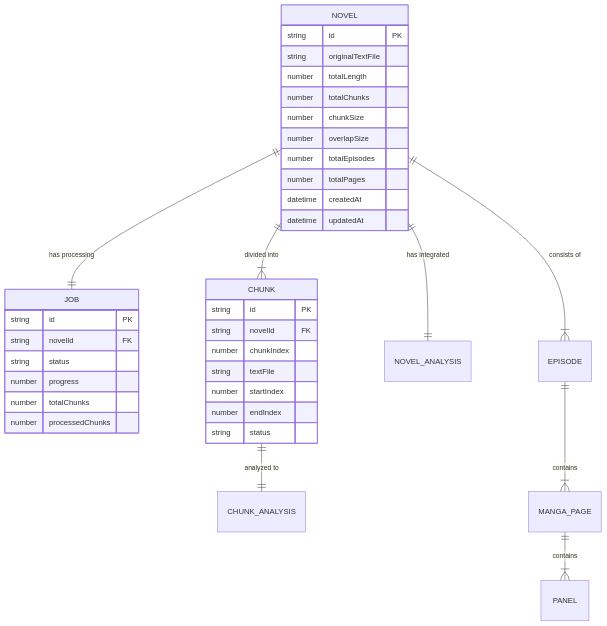
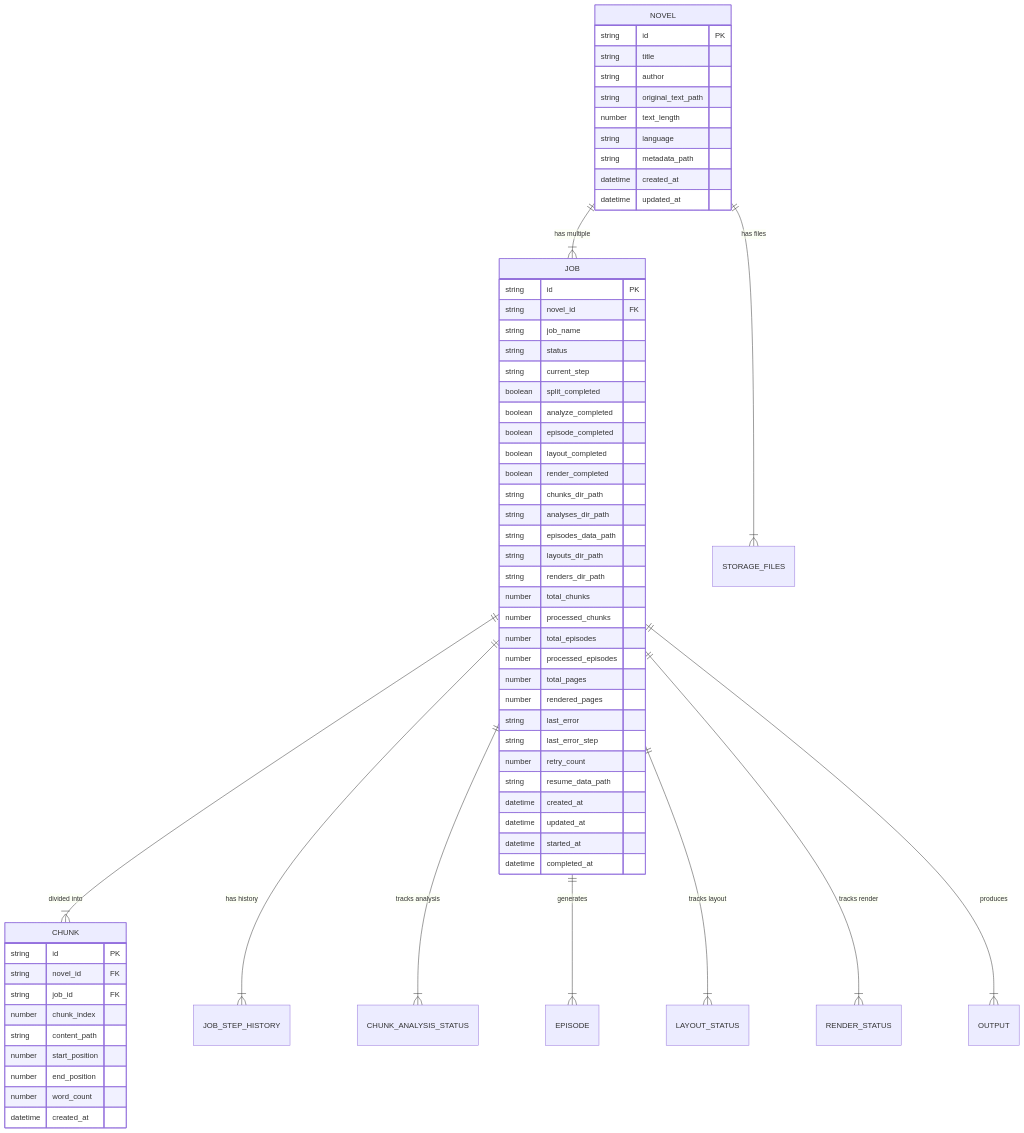
One commit to matsuvr/novel2manga-ts changed the fourth of 6 diagrams in .kiro/specs/novel-to-manga-converter/design.md. Above: the diagram before and after it, drawn with Mermaid. The commit also changed other lines of this file and 71 other files, not shown here.

First line of the commit message:
feat: Implement database service for job and chunk management

````diff
--- a/.kiro/specs/novel-to-manga-converter/design.md
+++ b/.kiro/specs/novel-to-manga-converter/design.md
@@ -236,42 +282,68 @@
 ```mermaid
 erDiagram
-    NOVEL ||--|| JOB : "has processing"
-    NOVEL ||--|{ CHUNK : "divided into"
-    CHUNK ||--|| CHUNK_ANALYSIS : "analyzed to"
-    NOVEL ||--|| NOVEL_ANALYSIS : "has integrated"
-    NOVEL ||--|{ EPISODE : "consists of"
-    EPISODE ||--|{ MANGA_PAGE : "contains"
-    MANGA_PAGE ||--|{ PANEL : "contains"
+    NOVEL ||--|{ JOB : "has multiple"
+    JOB ||--|{ CHUNK : "divided into"
+    JOB ||--|{ JOB_STEP_HISTORY : "has history"
+    JOB ||--|{ CHUNK_ANALYSIS_STATUS : "tracks analysis"
+    JOB ||--|{ EPISODE : "generates"
+    JOB ||--|{ LAYOUT_STATUS : "tracks layout"
+    JOB ||--|{ RENDER_STATUS : "tracks render"
+    JOB ||--|{ OUTPUT : "produces"
+    NOVEL ||--|{ STORAGE_FILES : "has files"
     
     NOVEL {
         string id PK
-        string originalTextFile
-        number totalLength
-        number totalChunks
-        number chunkSize
-        number overlapSize
-        number totalEpisodes
-        number totalPages
-        datetime createdAt
-        datetime updatedAt
+        string title
+        string author
+        string original_text_path
+        number text_length
+        string language
+        string metadata_path
+        datetime created_at
+        datetime updated_at
     }
     
     JOB {
         string id PK
-        string novelId FK
+        string novel_id FK
+        string job_name
         string status
-        number progress
-        number totalChunks
-        number processedChunks
+        string current_step
+        boolean split_completed
+        boolean analyze_completed
+        boolean episode_completed
+        boolean layout_completed
+        boolean render_completed
+        string chunks_dir_path
+        string analyses_dir_path
+        string episodes_data_path
+        string layouts_dir_path
+        string renders_dir_path
+        number total_chunks
+        number processed_chunks
+        number total_episodes
+        number processed_episodes
+        number total_pages
+        number rendered_pages
+        string last_error
+        string last_error_step
+        number retry_count
+        string resume_data_path
+        datetime created_at
+        datetime updated_at
+        datetime started_at
+        datetime completed_at
     }
     
     CHUNK {
         string id PK
-        string novelId FK
-        number chunkIndex
-        string textFile
-        number startIndex
-        number endIndex
-        string status
+        string novel_id FK
+        string job_id FK
+        number chunk_index
+        string content_path
+        number start_position
+        number end_position
+        number word_count
+        datetime created_at
     }
 ```
````
